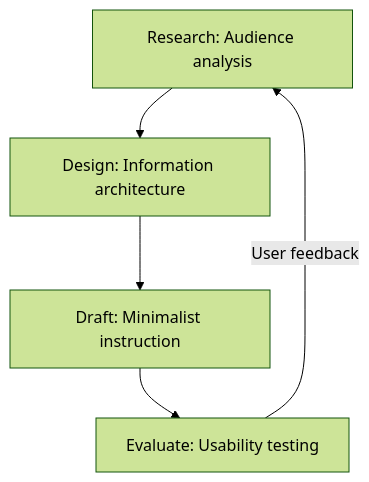
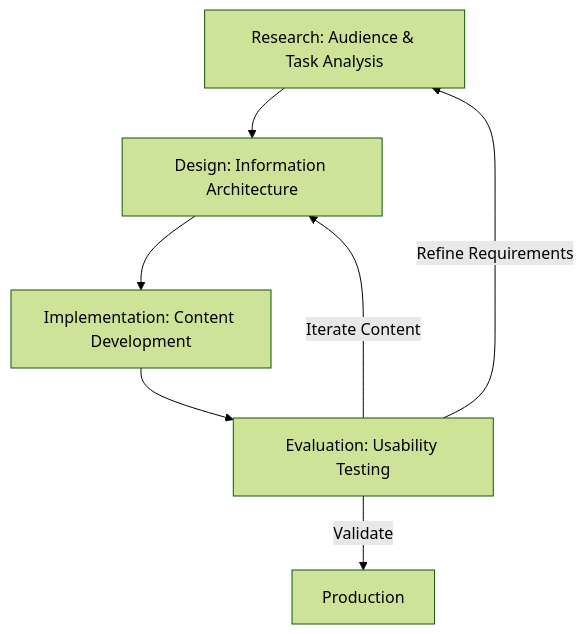
One commit to vaishvanara/techwritingkb changed the diagram in docs/industry-terms/user-centered-design.md. Above: the diagram before and after it, drawn with Mermaid (forest theme). The commit also changed other lines of this file and 51 other files, not shown here.

````diff
--- a/docs/industry-terms/user-centered-design.md
+++ b/docs/industry-terms/user-centered-design.md
@@ -44,7 +44,9 @@
 ```mermaid
 graph TD
-    A[Research: Audience analysis] --> B[Design: Information architecture]
-    B --> C[Draft: Minimalist instruction]
-    C --> D[Evaluate: Usability testing]
-    D -->|User feedback| A
+    A[Research: Audience & Task Analysis] --> B[Design: Information Architecture]
+    B --> C[Implementation: Content Development]
+    C --> D[Evaluation: Usability Testing]
+    D -->|Refine Requirements| A
+    D -->|Iterate Content| B
+    D -->|Validate| E[Production]
 ```
````
